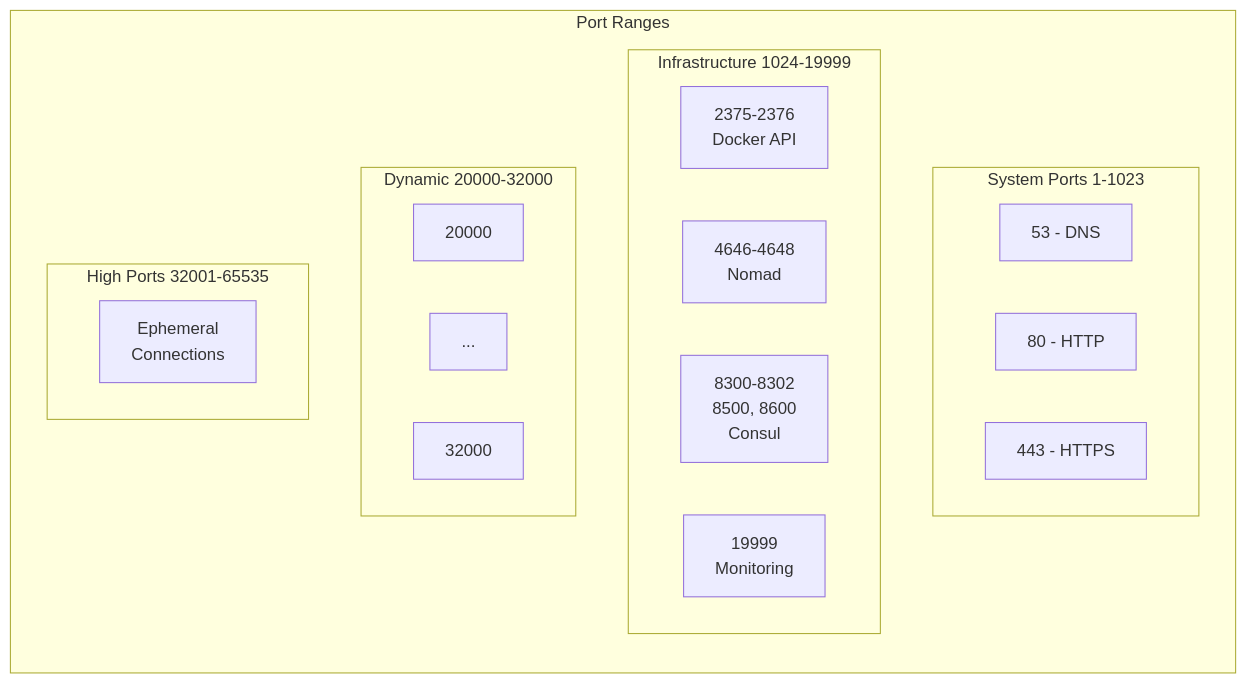
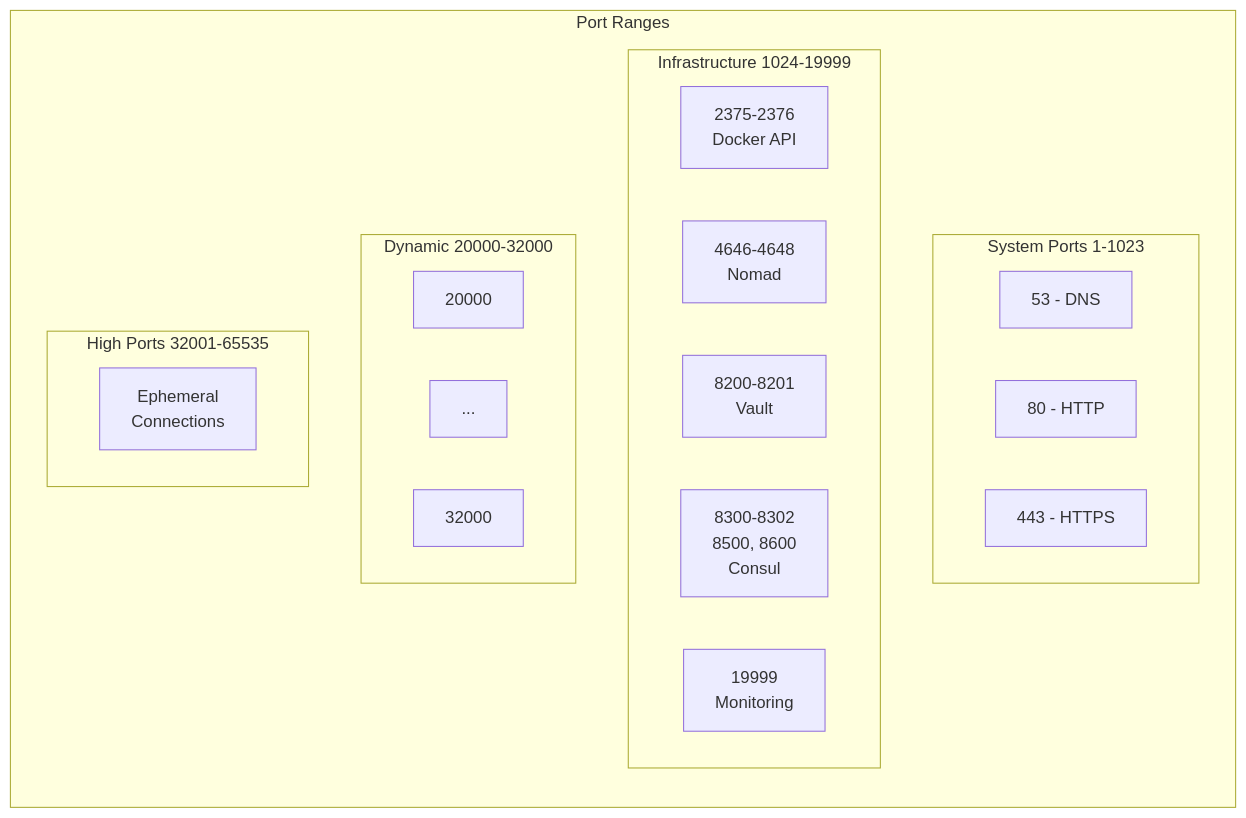
One commit to basher83/andromeda-orchestration changed the second of 6 diagrams in docs/diagrams/network-port-architecture.md. Above: the diagram before and after it, drawn with Mermaid. The commit also changed other lines of this file and 4 other files, not shown here.

````diff
--- a/docs/diagrams/network-port-architecture.md
+++ b/docs/diagrams/network-port-architecture.md
@@ -58,27 +58,28 @@
 ```mermaid
 graph LR
     subgraph "Port Ranges"
         subgraph "System Ports 1-1023"
             DNS[53 - DNS]
             HTTP[80 - HTTP]
             HTTPS[443 - HTTPS]
         end
-        
+
         subgraph "Infrastructure 1024-19999"
             Docker[2375-2376<br/>Docker API]
             Nomad[4646-4648<br/>Nomad]
+            Vault[8200-8201<br/>Vault]
             Consul[8300-8302<br/>8500, 8600<br/>Consul]
             Netdata[19999<br/>Monitoring]
         end
-        
+
         subgraph "Dynamic 20000-32000"
             D1[20000]
             D2[...]
             D3[32000]
         end
-        
+
         subgraph "High Ports 32001-65535"
             Ephemeral[Ephemeral<br/>Connections]
         end
     end
 ```
````
